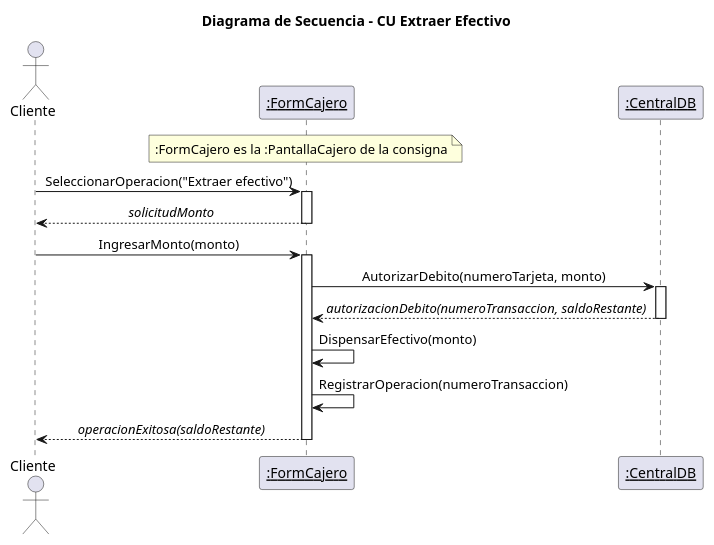
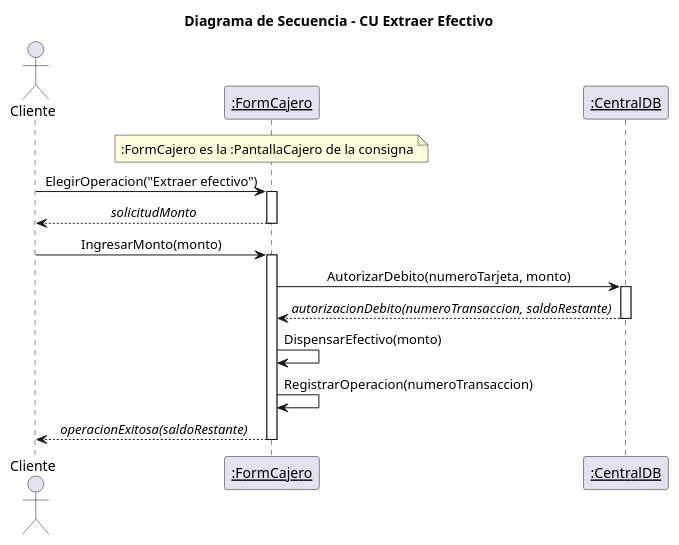
Before and after one commit to 4l3j0Ok/institute-third-year: the diagram in diseno-e-implementacion-de-sistemas/trabajo-integrador/diagrams/06_secuencia_extraccion.puml, drawn with PlantUML. The commit also changed 2 other files, not shown here.

Commit message:
fix: correct operation name in sequence diagram and update validation script

```diff
--- a/diseno-e-implementacion-de-sistemas/trabajo-integrador/diagrams/06_secuencia_extraccion.puml
+++ b/diseno-e-implementacion-de-sistemas/trabajo-integrador/diagrams/06_secuencia_extraccion.puml
@@ -1,27 +1,27 @@
 @startuml 06_secuencia_extraccion
 title Diagrama de Secuencia - CU Extraer Efectivo
 skinparam shadowing false
 skinparam sequenceMessageAlign center
 
 actor Cliente
 participant "<u>:FormCajero</u>" as PC
 participant "<u>:CentralDB</u>" as CDB
 
 note over PC : :FormCajero es la :PantallaCajero de la consigna
 
-Cliente -> PC : SeleccionarOperacion("Extraer efectivo")
+Cliente -> PC : ElegirOperacion("Extraer efectivo")
 activate PC
 PC --> Cliente : //solicitudMonto//
 deactivate PC
 
 Cliente -> PC : IngresarMonto(monto)
 activate PC
 PC -> CDB : AutorizarDebito(numeroTarjeta, monto)
 activate CDB
 CDB --> PC : //autorizacionDebito(numeroTransaccion, saldoRestante)//
 deactivate CDB
 PC -> PC : DispensarEfectivo(monto)
 PC -> PC : RegistrarOperacion(numeroTransaccion)
 PC --> Cliente : //operacionExitosa(saldoRestante)//
 deactivate PC
 @enduml
```
